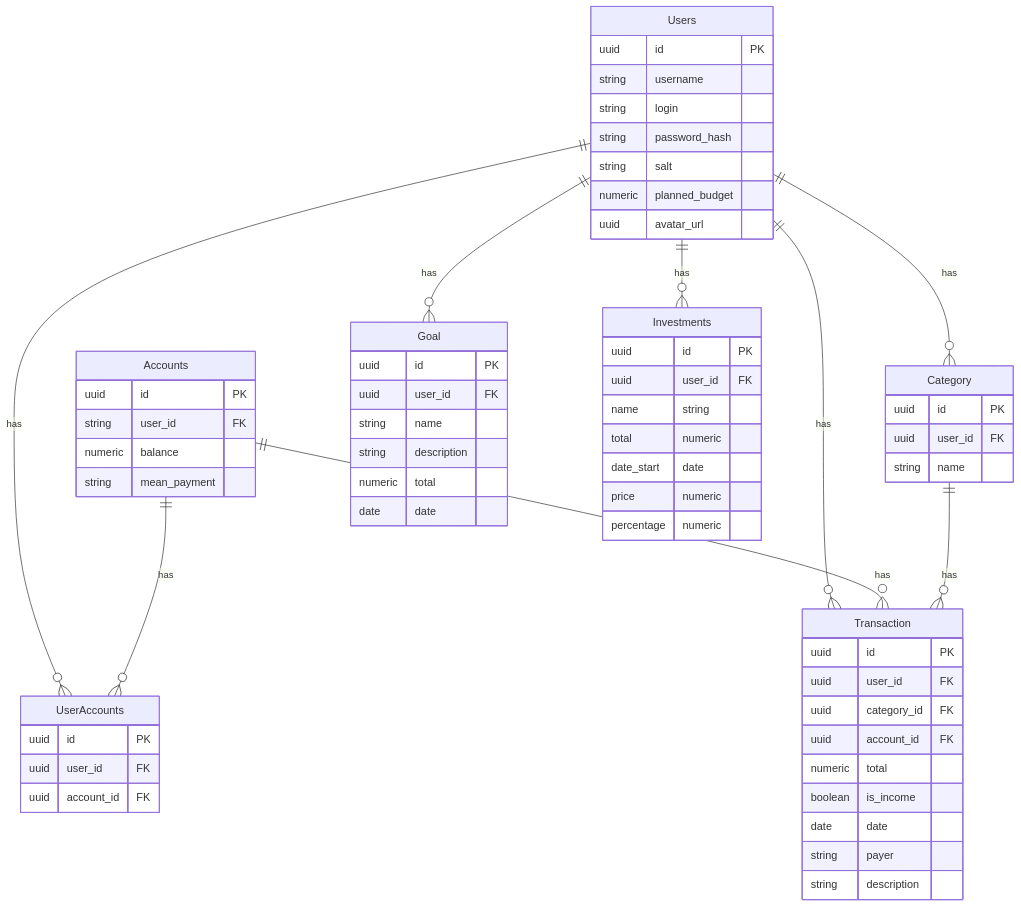
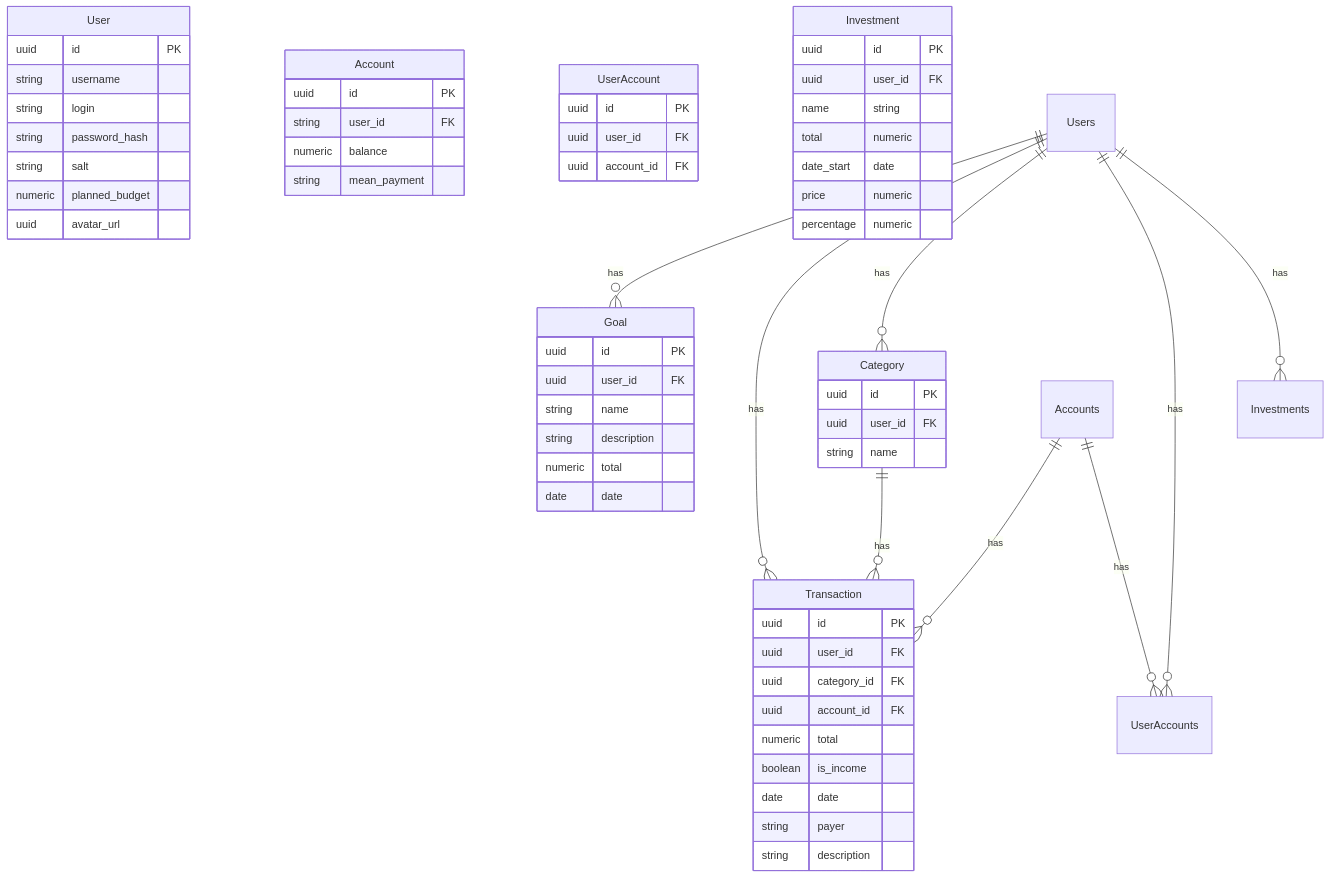
Before and after one commit to go-park-mail-ru/2023_2_Hamster: the diagram in db/normalized/relations.md, drawn with Mermaid. The commit also changed other lines of this file, not shown here.

````diff
--- a/db/normalized/relations.md
+++ b/db/normalized/relations.md
@@ -29,67 +30,67 @@
 ```mermaid
 erDiagram
-    Users {
+    User {
         uuid id PK
         string username
         string login
         string password_hash
         string salt
         numeric planned_budget
         uuid avatar_url
     }
-    Accounts {
+    Account {
         uuid id PK
         string user_id FK
         numeric balance
         string mean_payment
     }
     Category {
         uuid id PK
         uuid user_id FK
         string name
     }
     Transaction {
         uuid id PK
         uuid user_id FK
         uuid category_id FK
         uuid account_id FK
         numeric total
         boolean is_income
         date date
         string payer
         string description
     }
-    UserAccounts {
+    UserAccount {
         uuid id PK
         uuid user_id FK
         uuid account_id FK
     }
     Goal {
         uuid id PK
         uuid user_id FK
         string name
         string description
         numeric total
         date date
     }
-    Investments {
+    Investment {
         uuid id PK
         uuid user_id FK
         name string
         total numeric
         date_start date
         price numeric
         percentage numeric
     }
     Users ||--o{ Investments : has
     Users ||--o{ UserAccounts : has
     Accounts ||--o{ UserAccounts : has
     Users ||--o{ Category : has
     Users ||--o{ Transaction : has
     Accounts ||--o{ Transaction : has
     Category ||--o{ Transaction : has
     Users ||--o{ Goal : has
 
     
     
 ```
````
